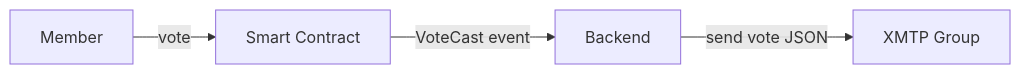
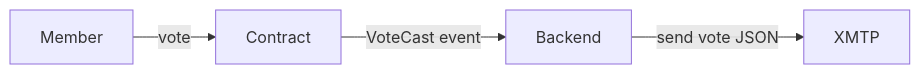
The eighth of 12 diagrams in CORE_FLOW_DOCS.MD (templ-fun/templ-evm-protocol), drawn with Mermaid before and after one commit. The commit also changed other lines of this file, not shown here.

Commit message:
docs(core): standardize mermaid labels

````diff
--- a/CORE_FLOW_DOCS.MD
+++ b/CORE_FLOW_DOCS.MD
@@ -119,6 +119,6 @@
 ```mermaid
 flowchart LR
-    M[Member] -->|vote| C[Smart Contract]
+    M[Member] -->|vote| C[Contract]
     C -->|VoteCast event| B[Backend]
-    B -->|send vote JSON| X[XMTP Group]
+    B -->|send vote JSON| X[XMTP]
 ```
````
